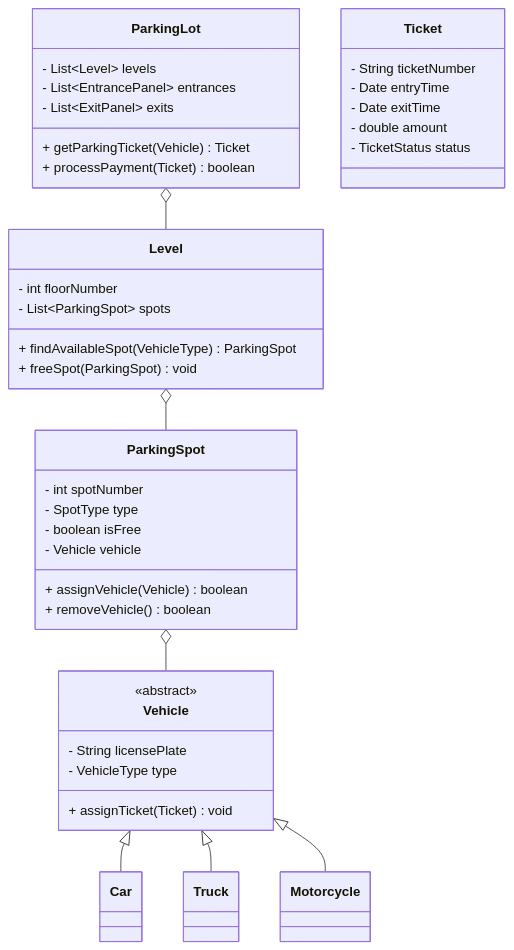
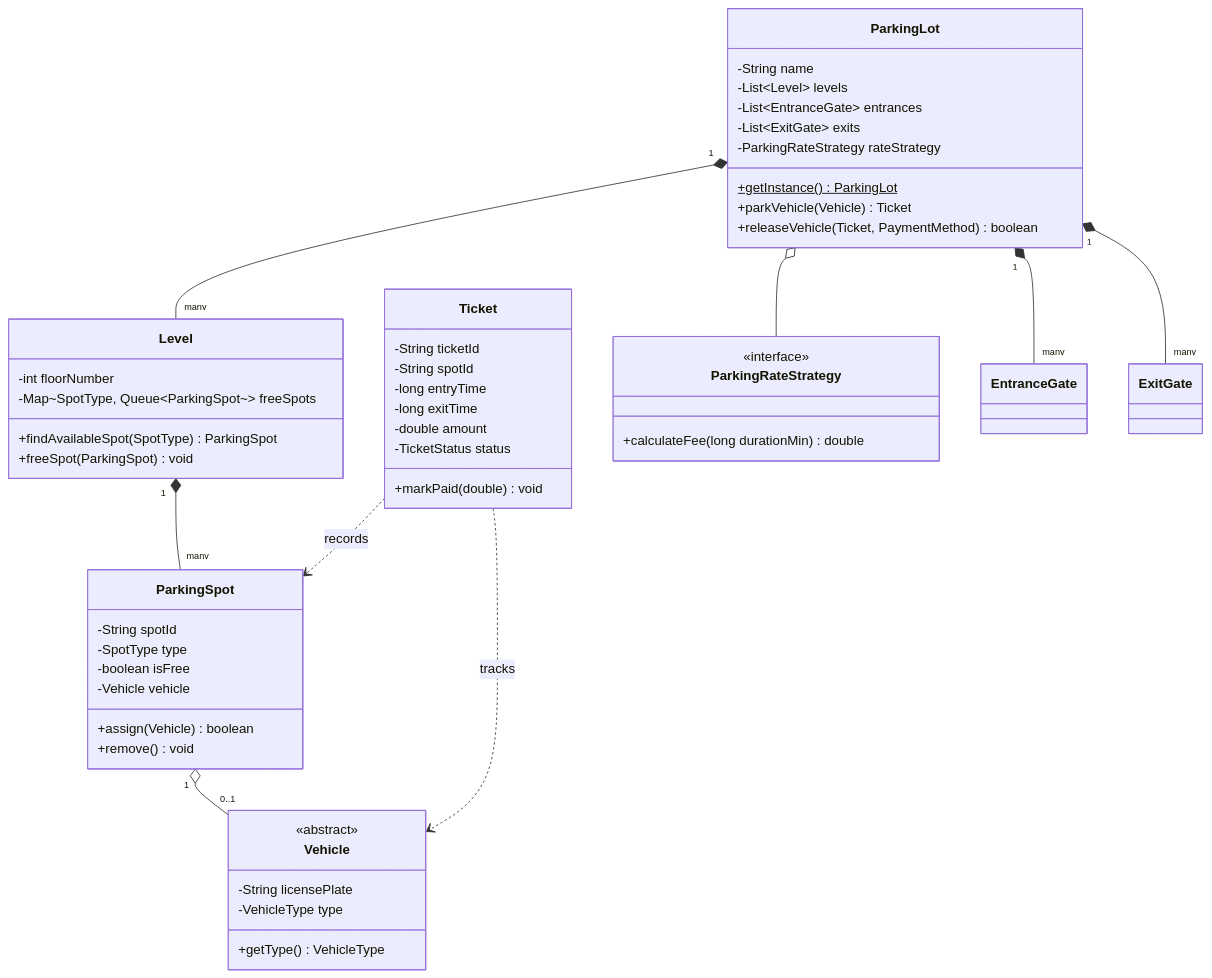
One commit to akshay-k-r/Interview-Prep-Resource changed the diagram in src/pages/03-lld/machine-coding/parking-lot/index.mdx. Above: the diagram before and after it, drawn with Mermaid. The commit also changed other lines of this file and 179 other files, not shown here.

````diff
--- a/src/pages/03-lld/machine-coding/parking-lot/index.mdx
+++ b/src/pages/03-lld/machine-coding/parking-lot/index.mdx
@@ -24,52 +42,60 @@
 ```mermaid
 classDiagram
+    class ParkingLot {
+        -String name
+        -List~Level~ levels
+        -List~EntranceGate~ entrances
+        -List~ExitGate~ exits
+        -ParkingRateStrategy rateStrategy
+        +getInstance() ParkingLot$
+        +parkVehicle(Vehicle) Ticket
+        +releaseVehicle(Ticket, PaymentMethod) boolean
+    }
+    
+    class Level {
+        -int floorNumber
+        -Map~SpotType, Queue~ParkingSpot~~ freeSpots
+        +findAvailableSpot(SpotType) ParkingSpot
+        +freeSpot(ParkingSpot) void
+    }
+    
+    class ParkingSpot {
+        -String spotId
+        -SpotType type
+        -boolean isFree
+        -Vehicle vehicle
+        +assign(Vehicle) boolean
+        +remove() void
+    }
+    
     class Vehicle {
         <<abstract>>
-        - String licensePlate
-        - VehicleType type
-        + assignTicket(Ticket) void
+        -String licensePlate
+        -VehicleType type
+        +getType() VehicleType
     }
-    class Car { }
-    class Truck { }
-    class Motorcycle { }
-
-    Vehicle <|-- Car
-    Vehicle <|-- Truck
-    Vehicle <|-- Motorcycle
-
-    class ParkingSpot {
-        - int spotNumber
-        - SpotType type
-        - boolean isFree
-        - Vehicle vehicle
-        + assignVehicle(Vehicle) boolean
-        + removeVehicle() boolean
+    
+    class Ticket {
+        -String ticketId
+        -String spotId
+        -long entryTime
+        -long exitTime
+        -double amount
+        -TicketStatus status
+        +markPaid(double) void
+    }
+    
+    class ParkingRateStrategy {
+        <<interface>>
+        +calculateFee(long durationMin) double
     }
 
-    class Level {
-        - int floorNumber
-        - List~ParkingSpot~ spots
-        + findAvailableSpot(VehicleType) ParkingSpot
-        + freeSpot(ParkingSpot) void
-    }
-
-    class ParkingLot {
-        - List~Level~ levels
-        - List~EntrancePanel~ entrances
-        - List~ExitPanel~ exits
-        + getParkingTicket(Vehicle) Ticket
-        + processPayment(Ticket) boolean
-    }
-
-    class Ticket {
-        - String ticketNumber
-        - Date entryTime
-        - Date exitTime
-        - double amount
-        - TicketStatus status
-    }
-
-    ParkingLot o-- Level
-    Level o-- ParkingSpot
-    ParkingSpot o-- Vehicle
+    ParkingLot "1" *-- "many" Level
+    ParkingLot "1" *-- "many" EntranceGate
+    ParkingLot "1" *-- "many" ExitGate
+    ParkingLot o-- ParkingRateStrategy
+    Level "1" *-- "many" ParkingSpot
+    ParkingSpot "1" o-- "0..1" Vehicle
+    Ticket ..> Vehicle : tracks
+    Ticket ..> ParkingSpot : records
 ```
````
